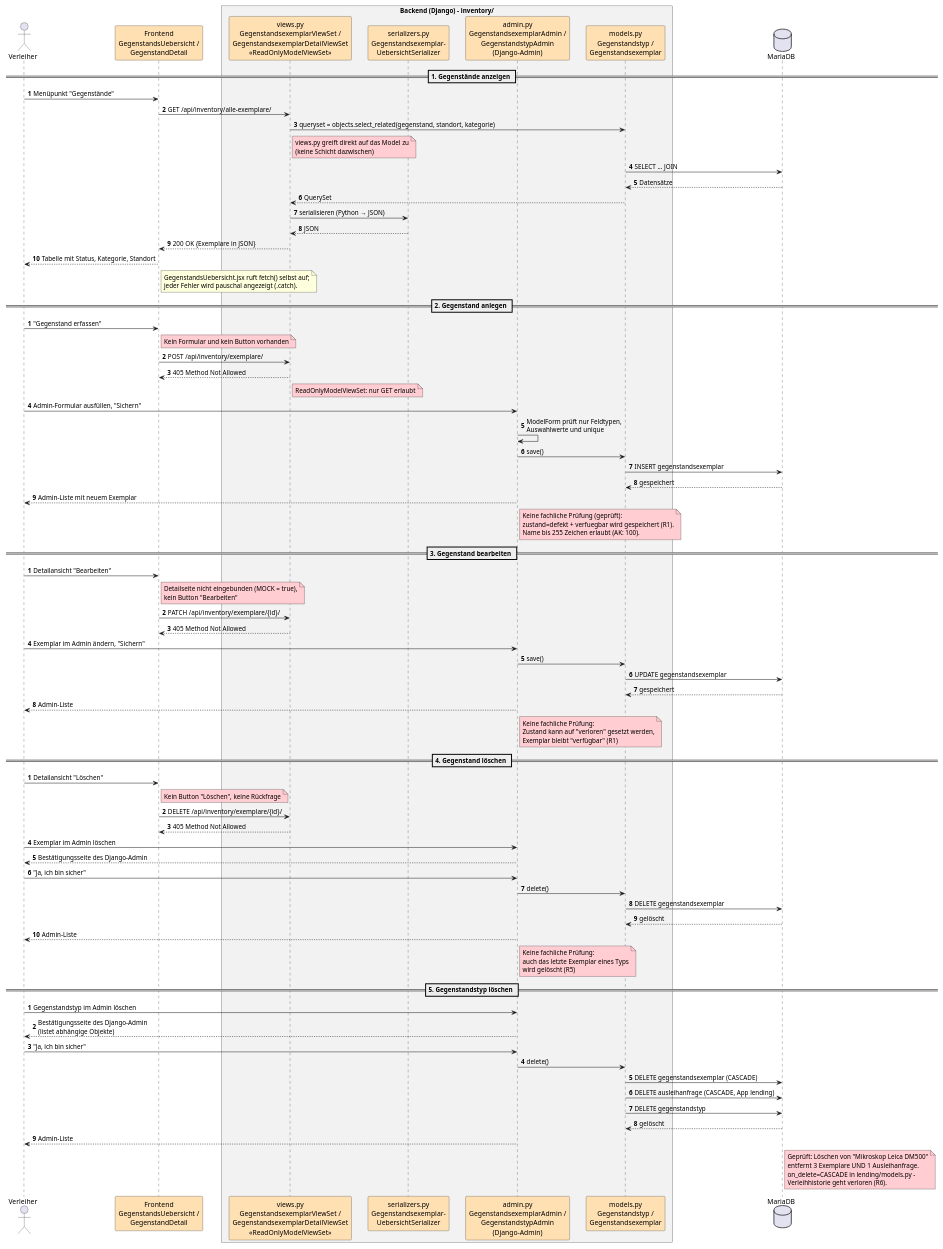
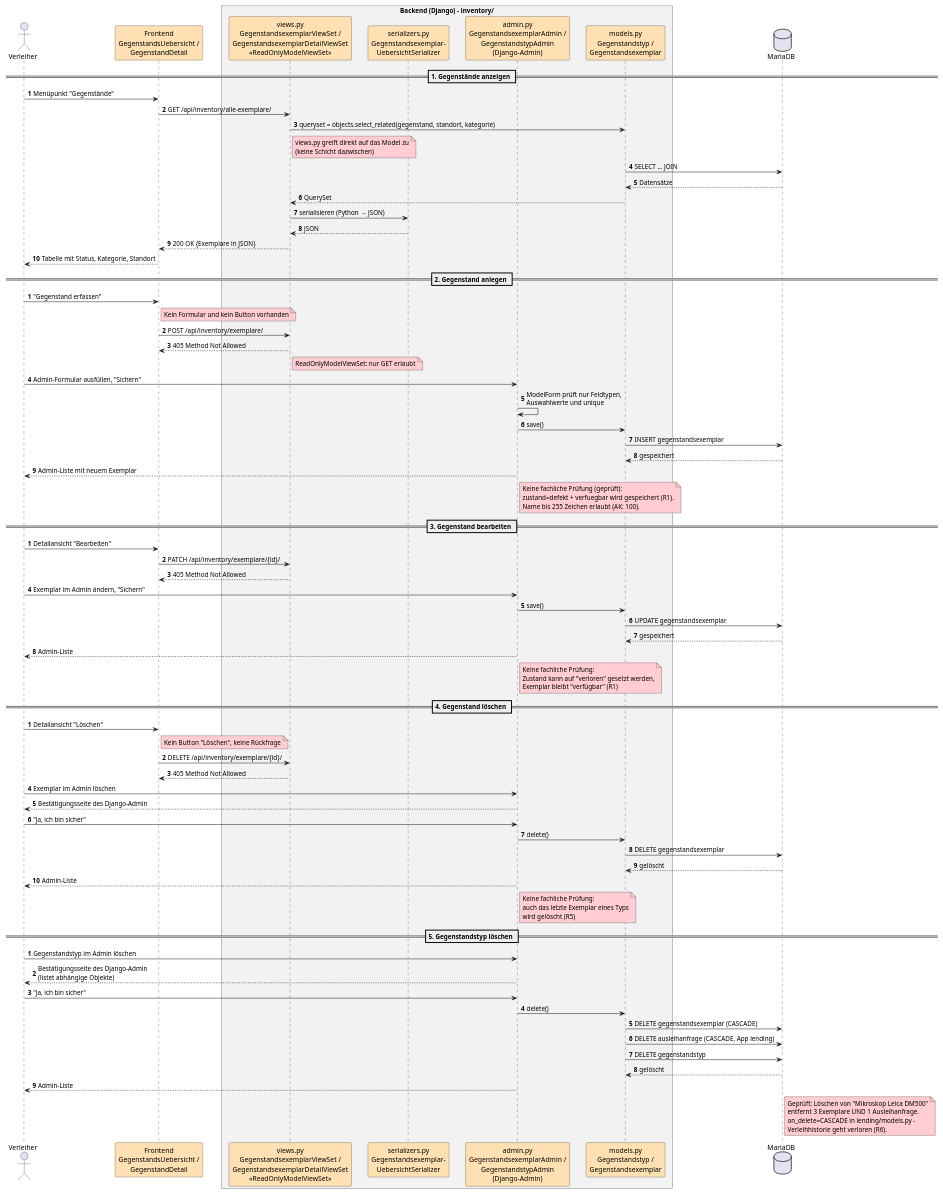
The diagram in docs/design-analysis/aktuell_dynamische_Sicht.puml (RicoHTWDD/Leihliste_B1_SoSe26), drawn with PlantUML before and after one commit.

Commit message:
kleine Ändeurng

```diff
--- a/docs/design-analysis/aktuell_dynamische_Sicht.puml
+++ b/docs/design-analysis/aktuell_dynamische_Sicht.puml
@@ -1,125 +1,119 @@
 @startuml current-flow
 ' Design-Impact-Analyse #33 (Issue #159) – dynamische Sicht des IST-Zustands (Stand main, vor der Planung)
 ' Keine Schichten Controller/Service/Domäne: views.py greift direkt auf models.py zu.
 ' Gleiche Abschnitte wie proposed-flow.puml, damit man beide vergleichen kann.
 ' Orange = von der Änderung betroffen · Rote Notizen = Befund (geprüft am laufenden System)
 
 scale 0.85
 skinparam ParticipantPadding 12
 skinparam BoxPadding 8
 
 actor "Verleiher" as V
 participant "Frontend\nGegenstandsUebersicht /\nGegenstandDetail" as FE #FFE0B2
 
 box "Backend (Django) – inventory/" #F2F2F2
   participant "views.py\nGegenstandsexemplarViewSet /\nGegenstandsexemplarDetailViewSet\n<<ReadOnlyModelViewSet>>" as VS #FFE0B2
   participant "serializers.py\nGegenstandsexemplar-\nUebersichtSerializer" as SER #FFE0B2
   participant "admin.py\nGegenstandsexemplarAdmin /\nGegenstandstypAdmin\n(Django-Admin)" as ADM #FFE0B2
   participant "models.py\nGegenstandstyp /\nGegenstandsexemplar" as M #FFE0B2
 end box
 
 database "MariaDB" as DB
 
 == 1. Gegenstände anzeigen ==
 autonumber 1
 V -> FE : Menüpunkt "Gegenstände"
 FE -> VS : GET /api/inventory/alle-exemplare/
 VS -> M : queryset = objects.select_related(gegenstand, standort, kategorie)
 note right of VS #FFCDD2
   views.py greift direkt auf das Model zu
   (keine Schicht dazwischen)
 end note
 M -> DB : SELECT ... JOIN
 DB --> M : Datensätze
 M --> VS : QuerySet
 VS -> SER : serialisieren (Python → JSON)
 SER --> VS : JSON
 VS --> FE : 200 OK {Exemplare in JSON}
 FE --> V : Tabelle mit Status, Kategorie, Standort
-note right of FE
-  GegenstandsUebersicht.jsx ruft fetch() selbst auf;
-  jeder Fehler wird pauschal angezeigt (.catch).
-end note
+
 
 == 2. Gegenstand anlegen ==
 autonumber 1
 V -> FE : "Gegenstand erfassen"
 note right of FE #FFCDD2
   Kein Formular und kein Button vorhanden
 end note
 FE -> VS : POST /api/inventory/exemplare/
 VS --> FE : 405 Method Not Allowed
 note right of VS #FFCDD2
   ReadOnlyModelViewSet: nur GET erlaubt
 end note
 V -> ADM : Admin-Formular ausfüllen, "Sichern"
 ADM -> ADM : ModelForm prüft nur Feldtypen,\nAuswahlwerte und unique
 ADM -> M : save()
 M -> DB : INSERT gegenstandsexemplar
 DB --> M : gespeichert
 ADM --> V : Admin-Liste mit neuem Exemplar
 note right of ADM #FFCDD2
   Keine fachliche Prüfung (geprüft):
   zustand=defekt + verfuegbar wird gespeichert (R1).
   Name bis 255 Zeichen erlaubt (AK: 100).
 end note
 
 == 3. Gegenstand bearbeiten ==
 autonumber 1
 V -> FE : Detailansicht "Bearbeiten"
-note right of FE #FFCDD2
-  Detailseite nicht eingebunden (MOCK = true),
-  kein Button "Bearbeiten"
-end note
+
 FE -> VS : PATCH /api/inventory/exemplare/{id}/
 VS --> FE : 405 Method Not Allowed
 V -> ADM : Exemplar im Admin ändern, "Sichern"
 ADM -> M : save()
 M -> DB : UPDATE gegenstandsexemplar
 DB --> M : gespeichert
 ADM --> V : Admin-Liste
 note right of ADM #FFCDD2
   Keine fachliche Prüfung:
   Zustand kann auf "verloren" gesetzt werden,
   Exemplar bleibt "verfügbar" (R1)
 end note
 
 == 4. Gegenstand löschen ==
 autonumber 1
 V -> FE : Detailansicht "Löschen"
 note right of FE #FFCDD2
   Kein Button "Löschen", keine Rückfrage
 end note
 FE -> VS : DELETE /api/inventory/exemplare/{id}/
 VS --> FE : 405 Method Not Allowed
 V -> ADM : Exemplar im Admin löschen
 ADM --> V : Bestätigungsseite des Django-Admin
 V -> ADM : "Ja, ich bin sicher"
 ADM -> M : delete()
 M -> DB : DELETE gegenstandsexemplar
 DB --> M : gelöscht
 ADM --> V : Admin-Liste
 note right of ADM #FFCDD2
   Keine fachliche Prüfung:
   auch das letzte Exemplar eines Typs
   wird gelöscht (R5)
 end note
 
 == 5. Gegenstandstyp löschen ==
 autonumber 1
 V -> ADM : Gegenstandstyp im Admin löschen
 ADM --> V : Bestätigungsseite des Django-Admin\n(listet abhängige Objekte)
 V -> ADM : "Ja, ich bin sicher"
 ADM -> M : delete()
 M -> DB : DELETE gegenstandsexemplar (CASCADE)
 M -> DB : DELETE ausleihanfrage (CASCADE, App lending)
 M -> DB : DELETE gegenstandstyp
 DB --> M : gelöscht
 ADM --> V : Admin-Liste
 note right of DB #FFCDD2
   Geprüft: Löschen von "Mikroskop Leica DM500"
   entfernt 3 Exemplare UND 1 Ausleihanfrage.
   on_delete=CASCADE in lending/models.py –
   Verleihhistorie geht verloren (R6).
 end note
 @enduml
```
